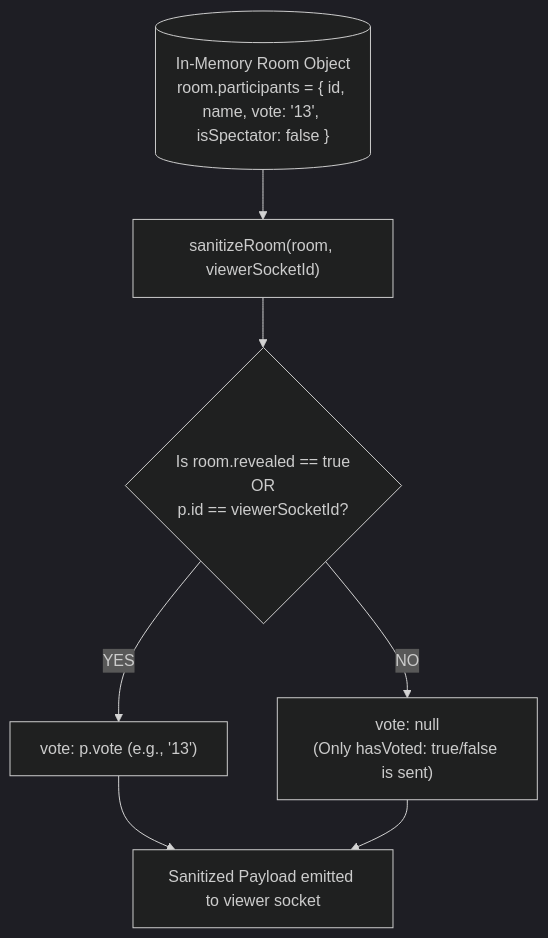
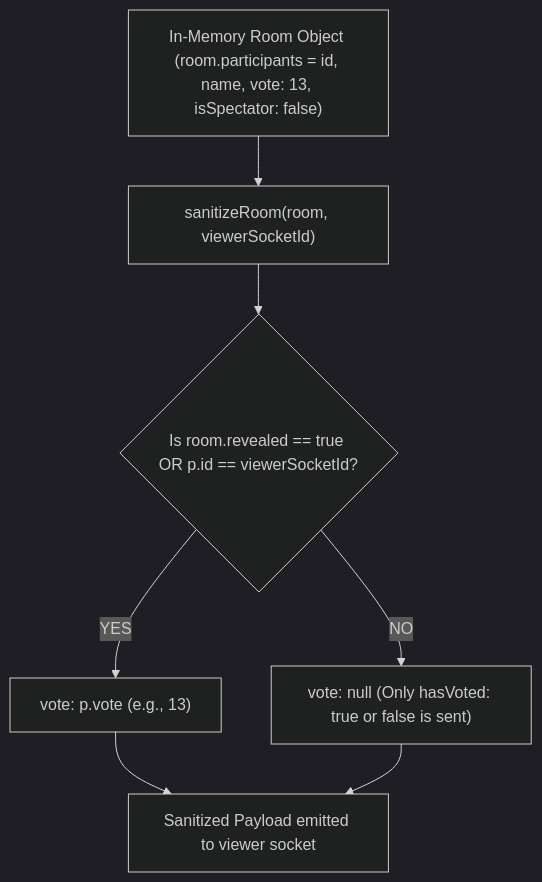
The second of 2 diagrams in docs/wiki/architecture.md (Stuxles/scrum-tools), drawn with Mermaid (dark theme) before and after one commit. The commit also changed other lines of this file and 4 other files, not shown here.

Commit message:
fix(wiki): resolve Mermaid syntax errors in diagrams and state machines

````diff
--- a/docs/wiki/architecture.md
+++ b/docs/wiki/architecture.md
@@ -42,15 +42,15 @@
 ```mermaid
 flowchart TD
-    RawStore[("In-Memory Room Object<br/>room.participants = { id, name, vote: '13', isSpectator: false }")]
+    RawStore["In-Memory Room Object (room.participants = id, name, vote: 13, isSpectator: false)"]
     
     SanitizeCall["sanitizeRoom(room, viewerSocketId)"]
     RawStore --> SanitizeCall
 
-    CheckRevealed{"Is room.revealed == true<br/>OR<br/>p.id == viewerSocketId?"}
+    CheckRevealed{"Is room.revealed == true OR p.id == viewerSocketId?"}
     SanitizeCall --> CheckRevealed
 
-    CheckRevealed -->|YES| ShowVote["vote: p.vote (e.g., '13')"]
-    CheckRevealed -->|NO| MaskVote["vote: null<br/>(Only hasVoted: true/false is sent)"]
+    CheckRevealed -->|YES| ShowVote["vote: p.vote (e.g., 13)"]
+    CheckRevealed -->|NO| MaskVote["vote: null (Only hasVoted: true or false is sent)"]
 
     ShowVote & MaskVote --> ClientPacket["Sanitized Payload emitted to viewer socket"]
 ```
````
